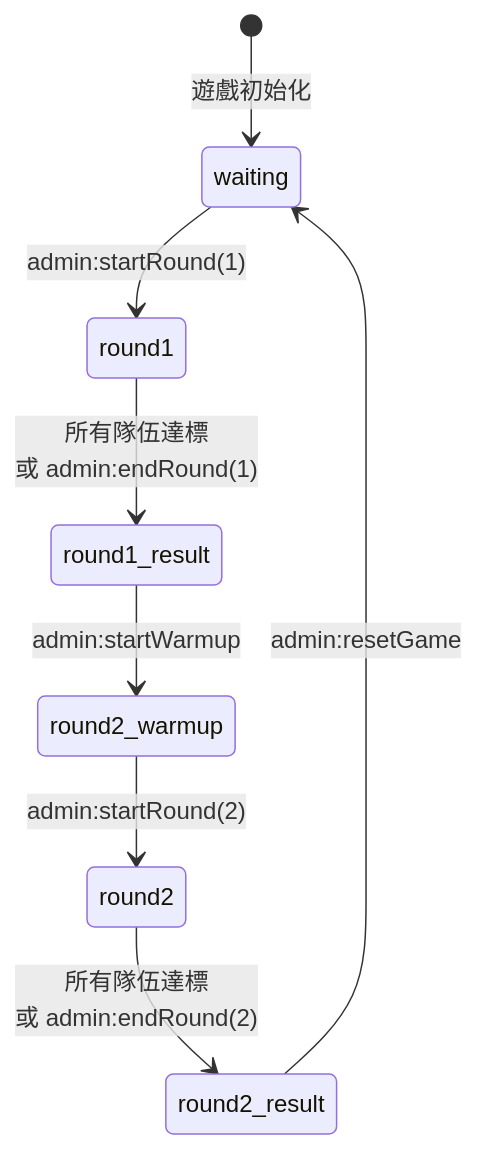
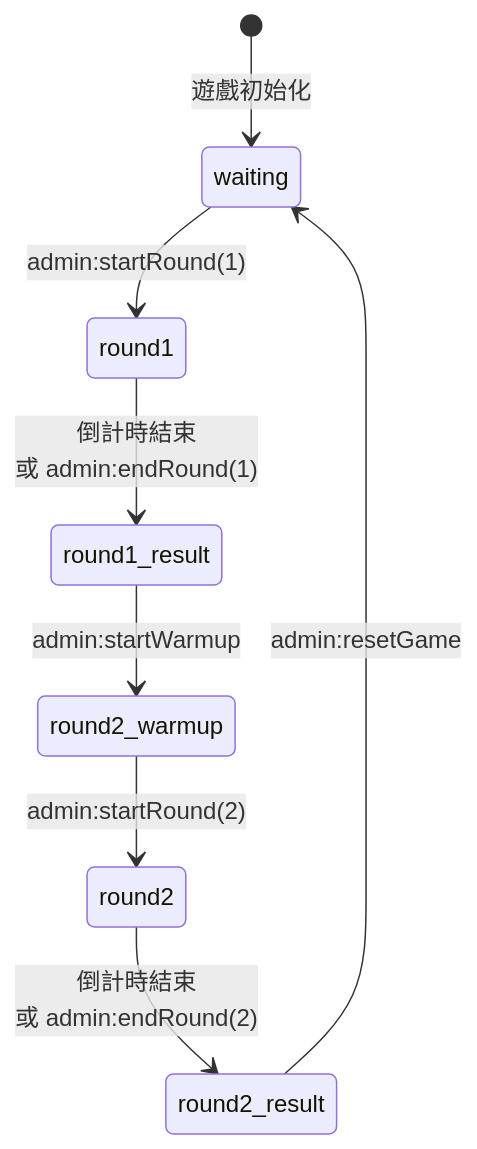
One commit to koutw/spring-gala-game changed the second of 3 diagrams in ARCHITECTURE.md. Above: the diagram before and after it, drawn with Mermaid. The commit also changed other lines of this file and 6 other files, not shown here.

````diff
--- a/ARCHITECTURE.md
+++ b/ARCHITECTURE.md
@@ -121,10 +121,10 @@
 ```mermaid
 stateDiagram-v2
     [*] --> waiting : 遊戲初始化
     waiting --> round1 : admin:startRound(1)
-    round1 --> round1_result : 所有隊伍達標<br/>或 admin:endRound(1)
+    round1 --> round1_result : 倒計時結束<br/>或 admin:endRound(1)
     round1_result --> round2_warmup : admin:startWarmup
     round2_warmup --> round2 : admin:startRound(2)
-    round2 --> round2_result : 所有隊伍達標<br/>或 admin:endRound(2)
+    round2 --> round2_result : 倒計時結束<br/>或 admin:endRound(2)
     round2_result --> waiting : admin:resetGame
 ```
````
